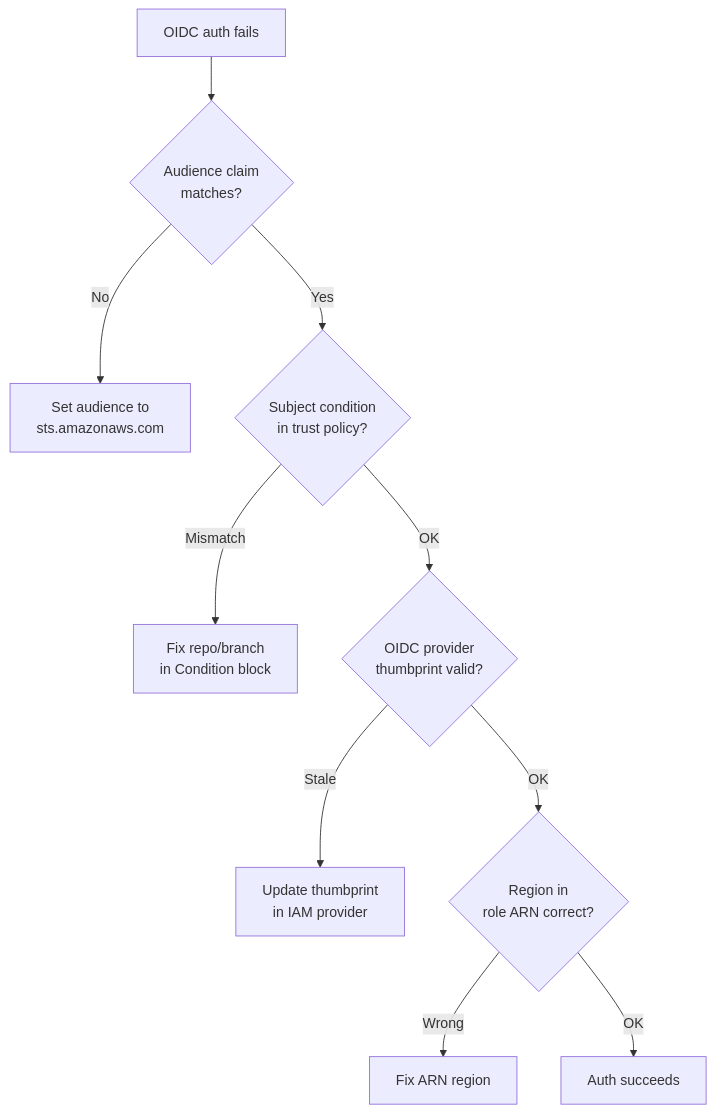
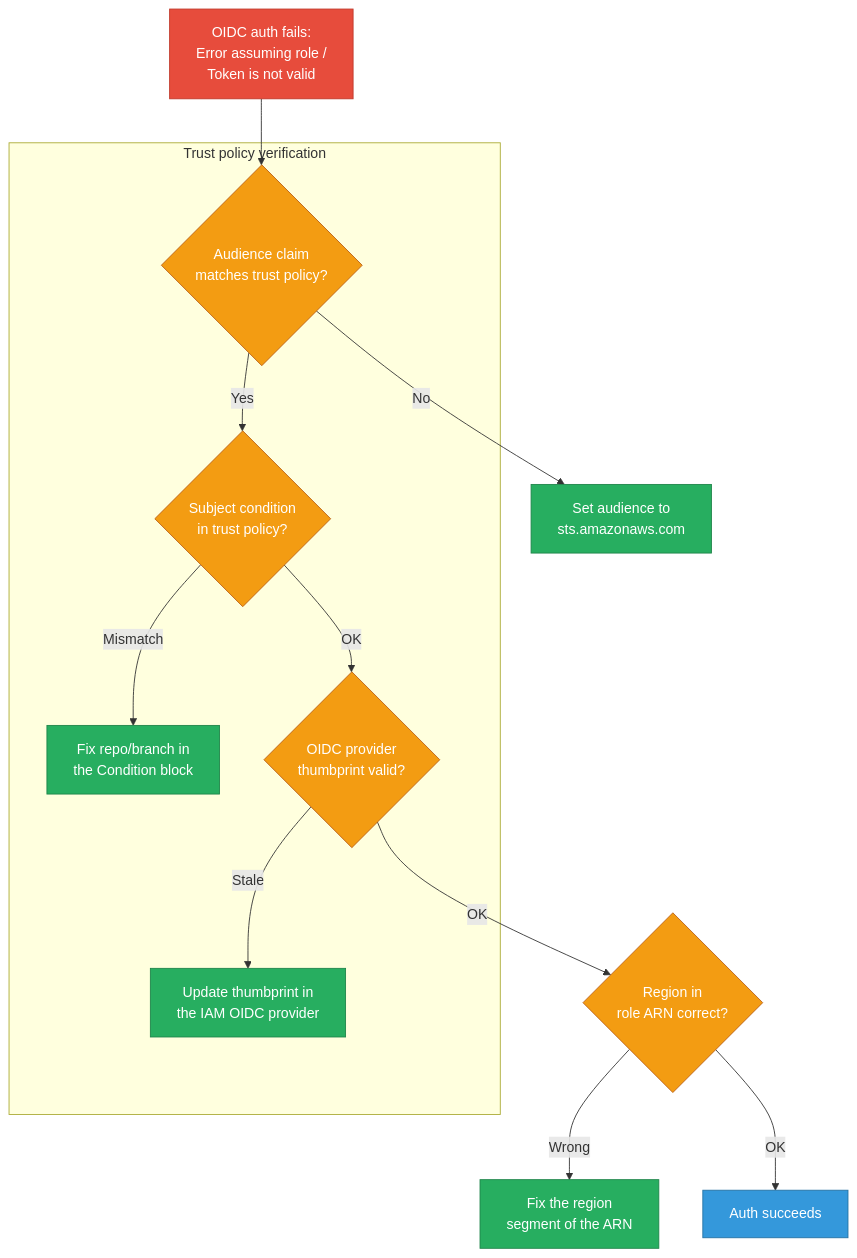
The first of 8 diagrams in sre/cicd-scenarios.md (deepanshu-rawat6/DevOpsIndex), drawn with Mermaid before and after one commit. The commit also changed other lines of this file and 10 other files, not shown here.

````diff
--- a/sre/cicd-scenarios.md
+++ b/sre/cicd-scenarios.md
@@ -11,12 +16,22 @@
 ```mermaid
 flowchart TD
-    A[OIDC auth fails] --> B{Audience claim<br/>matches?}
-    B -- No --> B1[Set audience to<br/>sts.amazonaws.com]
-    B -- Yes --> C{Subject condition<br/>in trust policy?}
-    C -- Mismatch --> C1[Fix repo/branch<br/>in Condition block]
-    C -- OK --> D{OIDC provider<br/>thumbprint valid?}
-    D -- Stale --> D1[Update thumbprint<br/>in IAM provider]
-    D -- OK --> E{Region in<br/>role ARN correct?}
-    E -- Wrong --> E1[Fix ARN region]
-    E -- OK --> F[Auth succeeds]
+    classDef err fill:#e74c3c,stroke:#c0392b,color:#fff
+    classDef decision fill:#f39c12,stroke:#ba6018,color:#fff
+    classDef fix fill:#27ae60,stroke:#1e8449,color:#fff
+    classDef verify fill:#3498db,stroke:#2471a3,color:#fff
+
+    A["OIDC auth fails:<br/>Error assuming role /<br/>Token is not valid"]:::err --> B
+    B{"Audience claim<br/>matches trust policy?"}:::decision
+    B -- No --> B1["Set audience to<br/>sts.amazonaws.com"]:::fix
+
+    subgraph TRUST["Trust policy verification"]
+        B -- Yes --> C{"Subject condition<br/>in trust policy?"}:::decision
+        C -- Mismatch --> C1["Fix repo/branch in<br/>the Condition block"]:::fix
+        C -- OK --> D{"OIDC provider<br/>thumbprint valid?"}:::decision
+        D -- Stale --> D1["Update thumbprint in<br/>the IAM OIDC provider"]:::fix
+    end
+
+    D -- OK --> E{"Region in<br/>role ARN correct?"}:::decision
+    E -- Wrong --> E1["Fix the region<br/>segment of the ARN"]:::fix
+    E -- OK --> F["Auth succeeds"]:::verify
 ```
````
